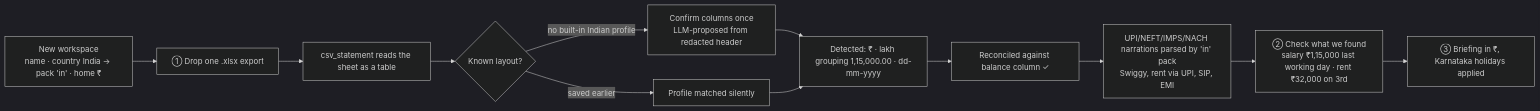
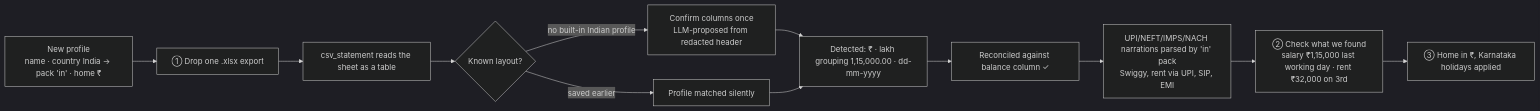
One commit to olaheavy-dev/Foresight changed diagram 12 of 13 in docs/03-USER-JOURNEYS.md. Above: the diagram before and after it, drawn with Mermaid (dark theme). The commit also changed other lines of this file and 122 other files, not shown here.

````diff
--- a/docs/03-USER-JOURNEYS.md
+++ b/docs/03-USER-JOURNEYS.md
@@ -414,14 +417,14 @@
 ```mermaid
 flowchart LR
-  N[New workspace<br/>name · country India → pack 'in' · home ₹] --> D[① Drop one .xlsx export]
+  N[New profile<br/>name · country India → pack 'in' · home ₹] --> D[① Drop one .xlsx export]
   D --> T[csv_statement reads the sheet as a table]
   T --> F{Known layout?}
   F -->|no built-in Indian profile| C[Confirm columns once<br/>LLM-proposed from redacted header]
   F -->|saved earlier| P[Profile matched silently]
   C --> FMT[Detected: ₹ · lakh grouping 1,15,000.00 · dd-mm-yyyy]
   P --> FMT
   FMT --> R[Reconciled against balance column ✓]
   R --> L[UPI/NEFT/IMPS/NACH narrations parsed by 'in' pack<br/>Swiggy, rent via UPI, SIP, EMI]
   L --> Q[② Check what we found<br/>salary ₹1,15,000 last working day · rent ₹32,000 on 3rd]
-  Q --> B[③ Briefing in ₹, Karnataka holidays applied]
+  Q --> B[③ Home in ₹, Karnataka holidays applied]
 ```
````
